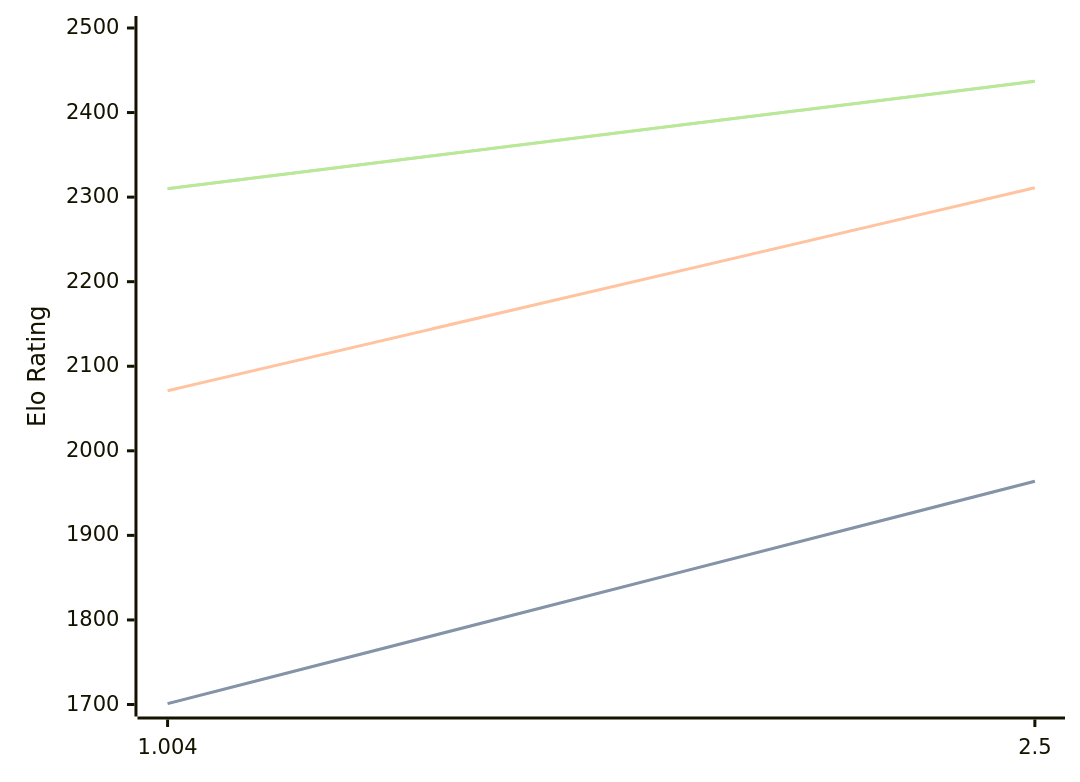
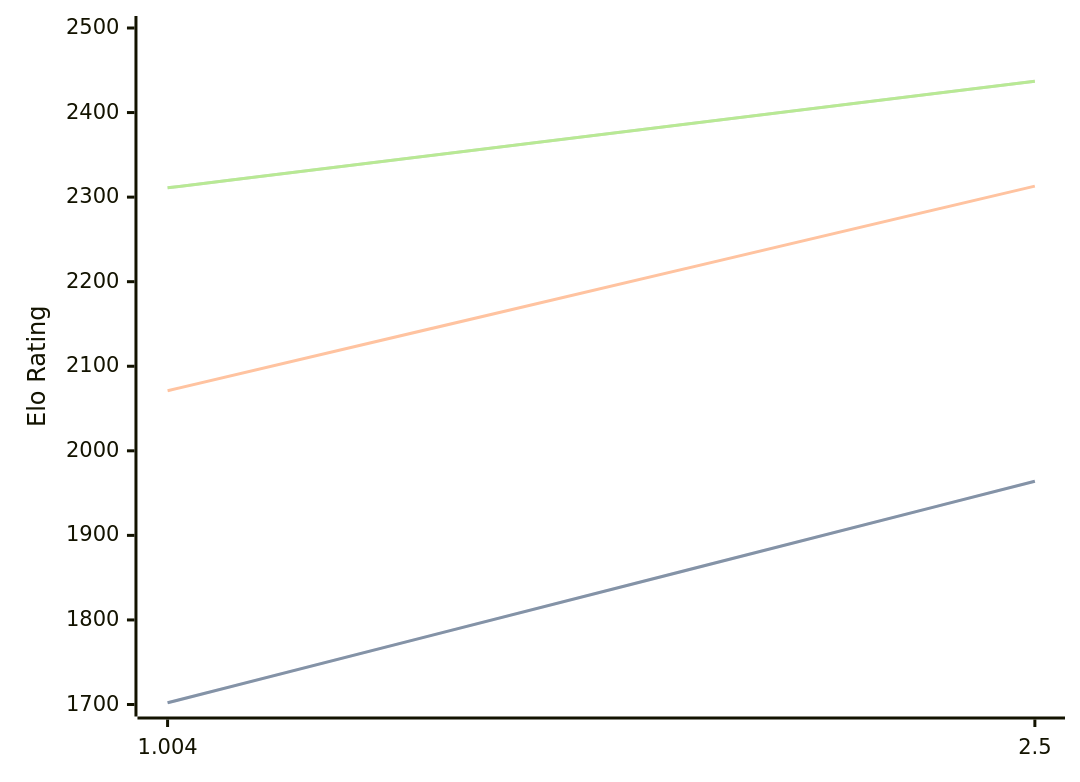
The diagram in engines/Ares.md (computer-chess-index/cci), drawn with Mermaid before and after one commit. The commit also changed other lines of this file, not shown here.

Commit message:
Update CCI Ratings (ELO VLTC) - 2026-08-21

````diff
--- a/engines/Ares.md
+++ b/engines/Ares.md
@@ -32,11 +32,11 @@
 ```mermaid
 %%{init: {"theme":"base","themeVariables":{"seriesColors:['#a3a3a3','#222221','#faa371']}}}%%
 xychart-beta
   x-axis ["1.004", "2.5"]
   y-axis "Elo Rating" 1700 --> 2500
-  line "STC (8.0+0.08s)" [1701, 1964]
-  line "STC (8.0+0.08s)" [1701, 1964]
-  line "LTC (60.0+0.60s)" [2071, 2311]
-  line "VLTC (2m24s+1.12s)" [2310, 2437]
-  line "VLTC (2m24s+1.12s)" [2310, 2437]
+  line "STC (8.0+0.08s)" [1702, 1964]
+  line "STC (8.0+0.08s)" [1702, 1964]
+  line "LTC (60.0+0.60s)" [2071, 2313]
+  line "VLTC (2m24s+1.12s)" [2311, 2437]
+  line "VLTC (2m24s+1.12s)" [2311, 2437]
 ```
````
